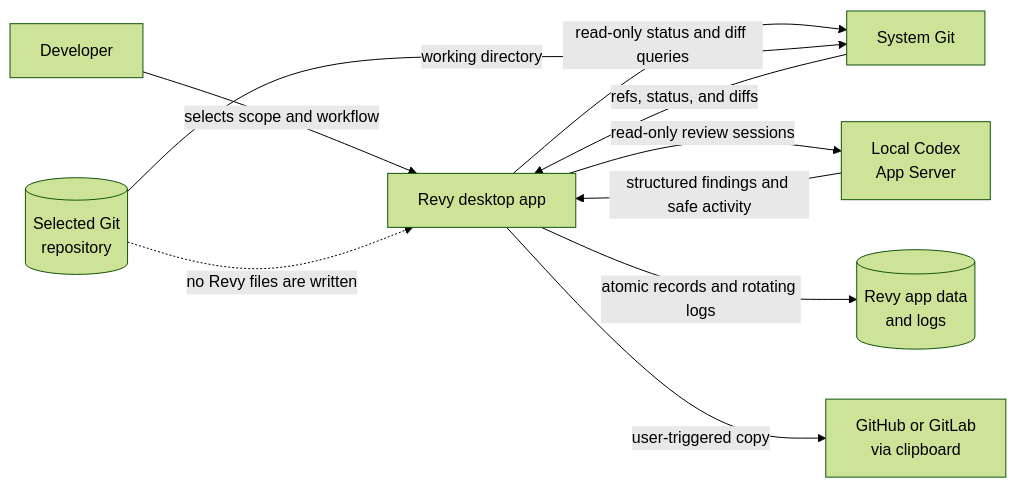
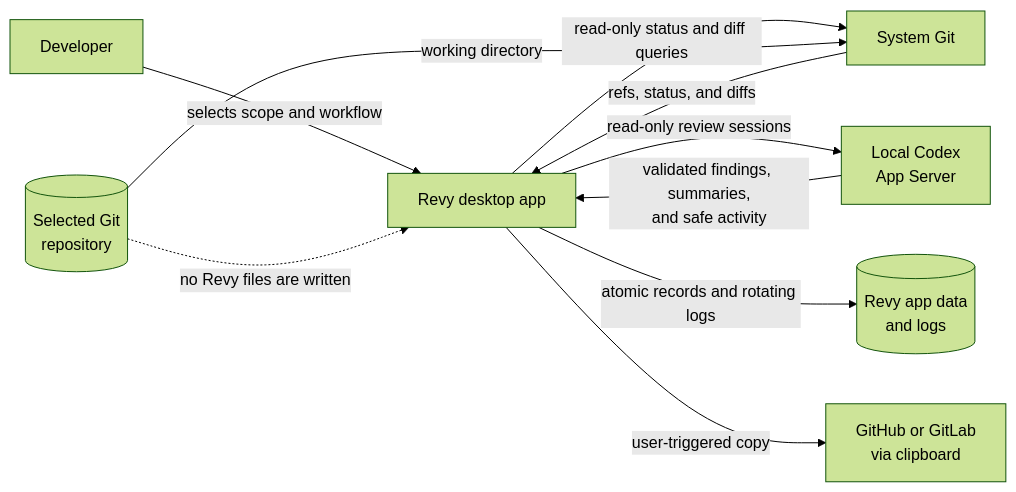
Before and after one commit to phillippbertram/revy: the first of 7 diagrams in docs/architecture.md, drawn with Mermaid (forest theme). The commit also changed other lines of this file and 14 other files, not shown here.

````diff
--- a/docs/architecture.md
+++ b/docs/architecture.md
@@ -30,21 +30,21 @@
 ```mermaid
 flowchart LR
     user[Developer]
     repository[(Selected Git<br/>repository)]
     revy[Revy desktop app]
     git[System Git]
     codex[Local Codex<br/>App Server]
     storage[(Revy app data<br/>and logs)]
     destination[GitHub or GitLab<br/>via clipboard]
 
     user -->|selects scope and workflow| revy
     revy -->|read-only status and diff queries| git
     repository -->|working directory| git
     git -->|refs, status, and diffs| revy
     revy -->|read-only review sessions| codex
-    codex -->|structured findings and safe activity| revy
+    codex -->|validated findings, summaries,<br/>and safe activity| revy
     revy -->|atomic records and rotating logs| storage
     revy -->|user-triggered copy| destination
 
     repository -. no Revy files are written .-> revy
 ```
````
